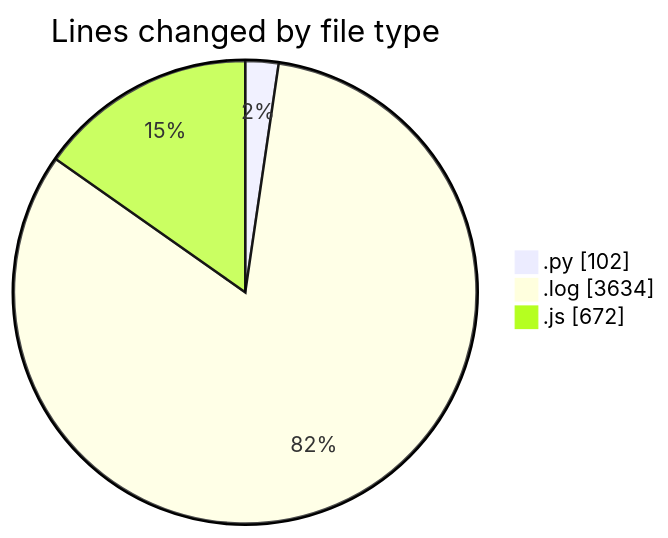
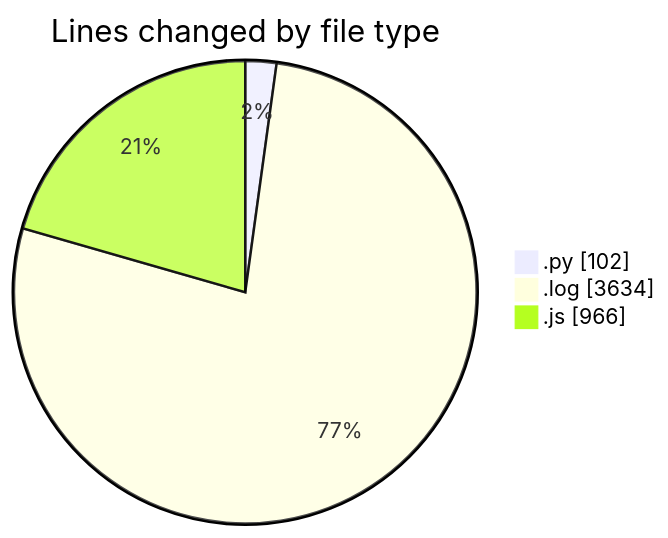
One commit to nxtqubesakshisongat/code-tracking changed the first of 2 diagrams in 2025-04-19/nxtqube_webapp/README.md. Above: the diagram before and after it, drawn with Mermaid. The commit also changed other lines of this file and 1 other file, not shown here.

````diff
--- a/2025-04-19/nxtqube_webapp/README.md
+++ b/2025-04-19/nxtqube_webapp/README.md
@@ -23,7 +23,7 @@
 ```mermaid
 pie showData
 title Lines changed by file type
 ".py" : 102
 ".log" : 3634
-".js" : 672
+".js" : 966
 ```
````
